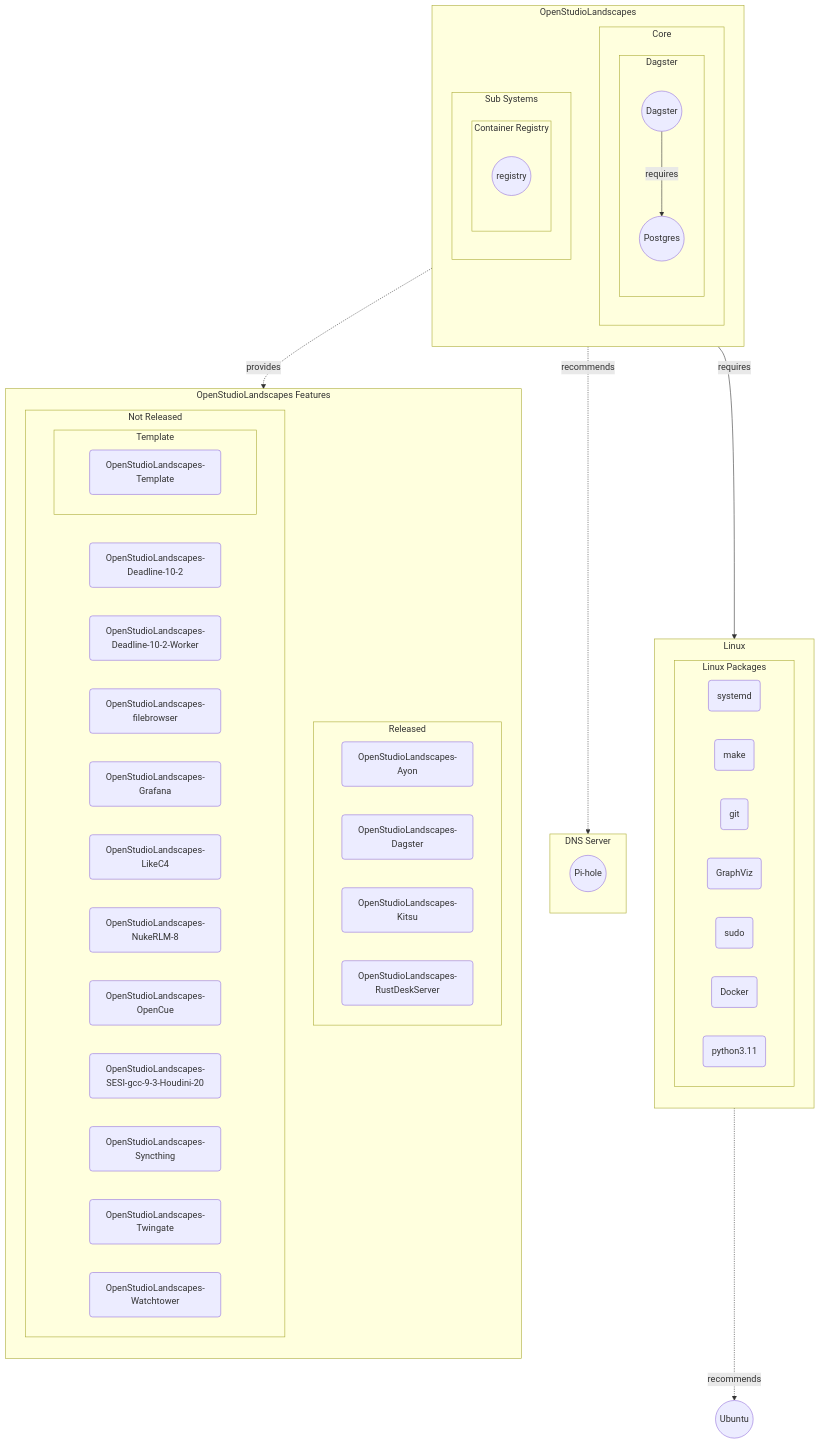
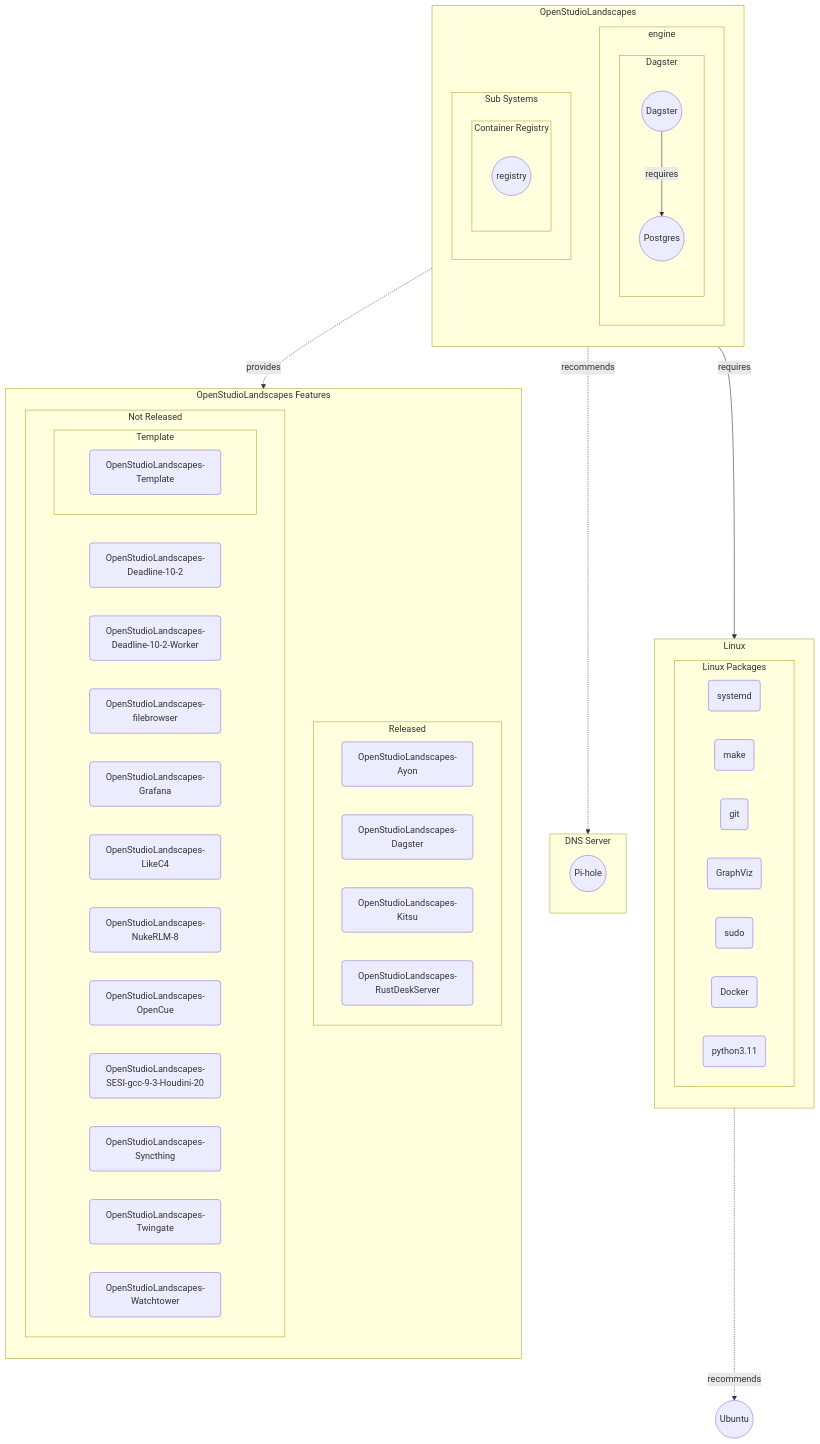
Before and after one commit to michimussato/OpenStudioLandscapes: the diagram in wiki/dependencies.md, drawn with Mermaid.

Commit message:
47-refactor-to-config-based-landscapes: refactor README.md

````diff
--- a/wiki/dependencies.md
+++ b/wiki/dependencies.md
@@ -9,14 +9,12 @@
 ```mermaid
 %% https://mermaid-js.github.io/mermaid-live-editor
 flowchart TB
-%%    OpenStudioLandscapes((OpenStudioLandscapes))
     ubuntu((Ubuntu))
-%%    linux((Linux))
 
     subgraph osl[OpenStudioLandscapes]
         direction TB
 
-        subgraph Core
+        subgraph engine[engine]
             direction TB
 
             subgraph dagstersubgraph[Dagster]
@@ -24,7 +22,6 @@
                 dagster((Dagster))
                 dagster-postgres((Postgres))
             end
-
         end
 
         subgraph Sub Systems
@@ -34,9 +31,7 @@
                 direction TB
                     registry((registry))
             end
-
         end
-
     end
 
     dagster -- requires --> dagster-postgres
@@ -54,13 +49,6 @@
             docker(Docker)
             python(python3.11)
         end
-%%        systemd(systemd)
-%%        make(make)
-%%        git(git)
-%%        graphviz(GraphViz)
-%%        sudo(sudo)
-%%        docker(Docker)
-%%        python(python3.11)
     end
 
     subgraph dns[DNS Server]
@@ -98,36 +86,13 @@
             osl-syncthing(OpenStudioLandscapes-Syncthing)
             osl-twingate(OpenStudioLandscapes-Twingate)
             osl-watchtower(OpenStudioLandscapes-Watchtower)
-%%            osl-watchtower -- requires --> osl-kitsu
         end
     end
 
 
-%%    OpenStudioLandscapes -. recommends .-> teleport
-%%    root -- requires --> docker
-%%    root -- requires --> python
-%%    root -- requires --> systemd
-%%    root -- requires --> make
-%%    root -- requires --> git
-%%    root -- requires --> sudo
     osl -- requires --> linux
     osl -. recommends .-> dns
     osl -. provides .-> features
-%%    git -- requires --> linux
-%%    sudo -- requires --> linux
-%%    make -- requires --> linux
 
-%%    ubuntu -- provides --> git
-%%    ubuntu -- provides --> systemd
-%%    ubuntu -- provides --> make
-%%    ubuntu -- provides --> graphviz
-%%    ubuntu -- provides --> sudo
-%%    ubuntu -- provides --> python
-%%    ubuntu -- provides --> docker
     linux -. recommends .-> ubuntu
-
-
-
-%%    root -. recommends .-> utuntu
-%%    root -. recommends .-> pihole
 ```
````
